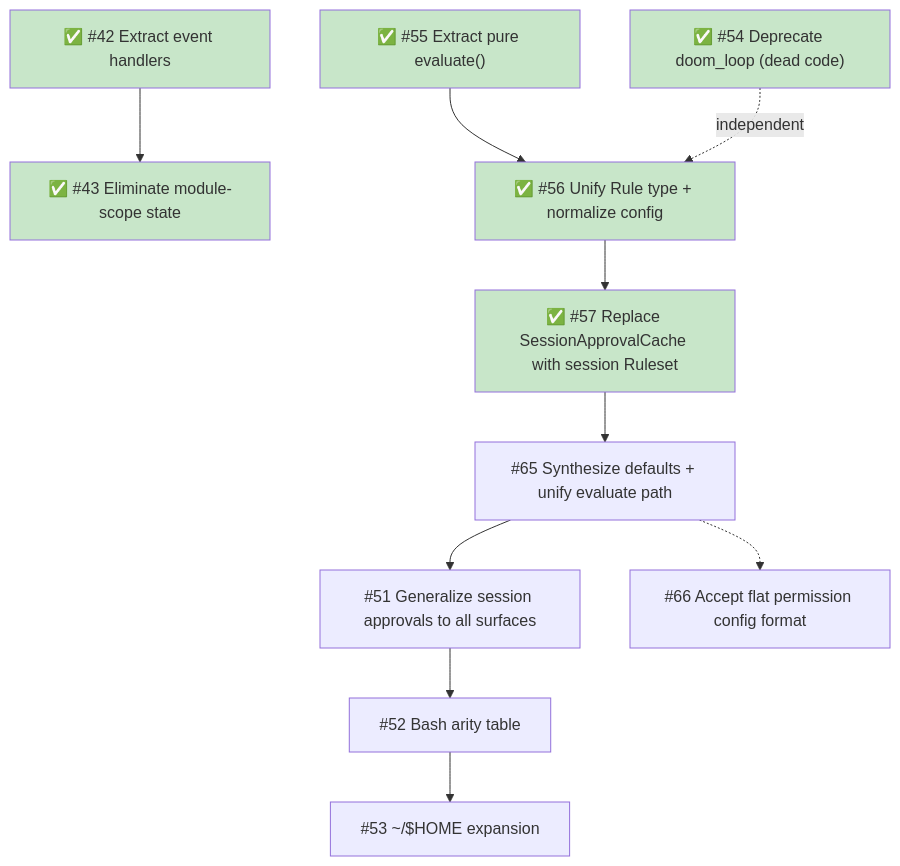
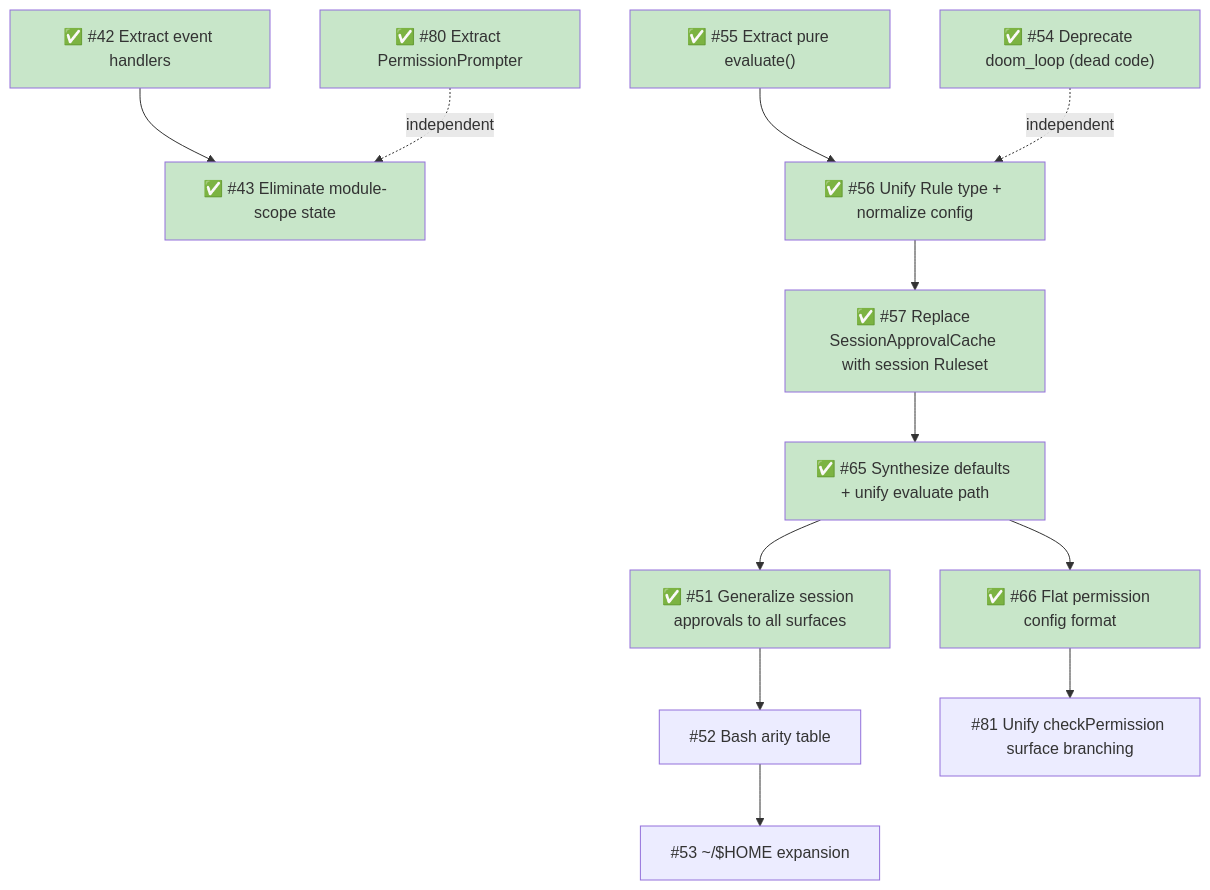
The fourth of 4 diagrams in docs/architecture/target-architecture.md (sycghj/pi-permission-system), drawn with Mermaid before and after one commit. The commit also changed other lines of this file, not shown here.

First line of the commit message:
docs: update target architecture for completed work and new issues (#80)

````diff
--- a/docs/architecture/target-architecture.md
+++ b/docs/architecture/target-architecture.md
@@ -477,19 +434,25 @@
 ```mermaid
 flowchart TD
     A["✅ #42 Extract event handlers"] --> D["✅ #43 Eliminate module-scope state"]
     B["✅ #55 Extract pure evaluate()"] --> C["✅ #56 Unify Rule type + normalize config"]
     C --> E["✅ #57 Replace SessionApprovalCache with session Ruleset"]
-    E --> X["#65 Synthesize defaults + unify evaluate path"]
-    X --> F["#51 Generalize session approvals to all surfaces"]
+    E --> X["✅ #65 Synthesize defaults + unify evaluate path"]
+    X --> F["✅ #51 Generalize session approvals to all surfaces"]
     F --> G["#52 Bash arity table"]
     G --> H["#53 ~/$HOME expansion"]
-    X -.-> Y["#66 Accept flat permission config format"]
+    X --> Y["✅ #66 Flat permission config format"]
+    Y --> Z["#81 Unify checkPermission surface branching"]
     I["✅ #54 Deprecate doom_loop (dead code)"] -.->|"independent"| C
+    J["✅ #80 Extract PermissionPrompter"] -.->|"independent"| D
 
     style A fill:#c8e6c9
     style B fill:#c8e6c9
     style C fill:#c8e6c9
     style D fill:#c8e6c9
     style E fill:#c8e6c9
     style I fill:#c8e6c9
+    style X fill:#c8e6c9
+    style F fill:#c8e6c9
+    style Y fill:#c8e6c9
+    style J fill:#c8e6c9
 ```
````
